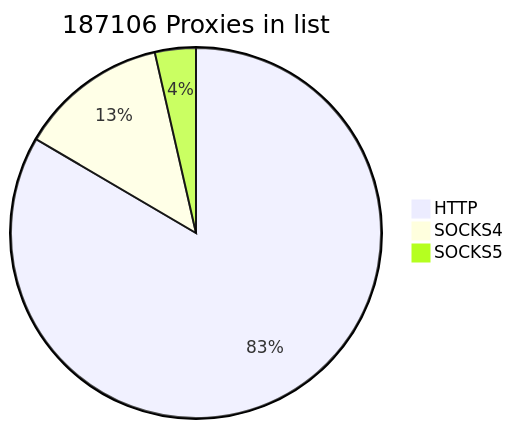
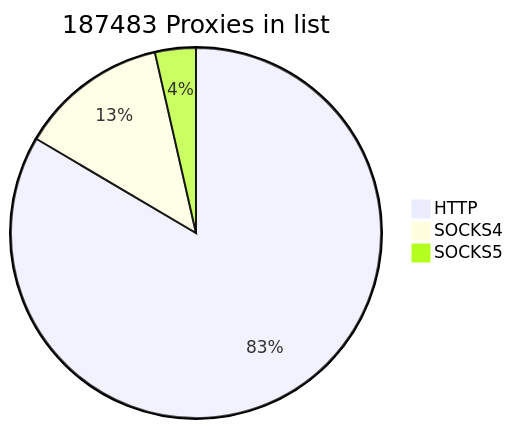
The first of 2 diagrams in README.md (cutipu/proxylist), drawn with Mermaid before and after one commit. The commit also changed other lines of this file, not shown here.

````diff
--- a/README.md
+++ b/README.md
@@ -2,7 +2,7 @@
 ```mermaid
-pie title 187106 Proxies in list
-    "HTTP" : 156138
+pie title 187483 Proxies in list
+    "HTTP" : 156515
     "SOCKS4" : 24284
     "SOCKS5" : 6684
             
 ```
````
